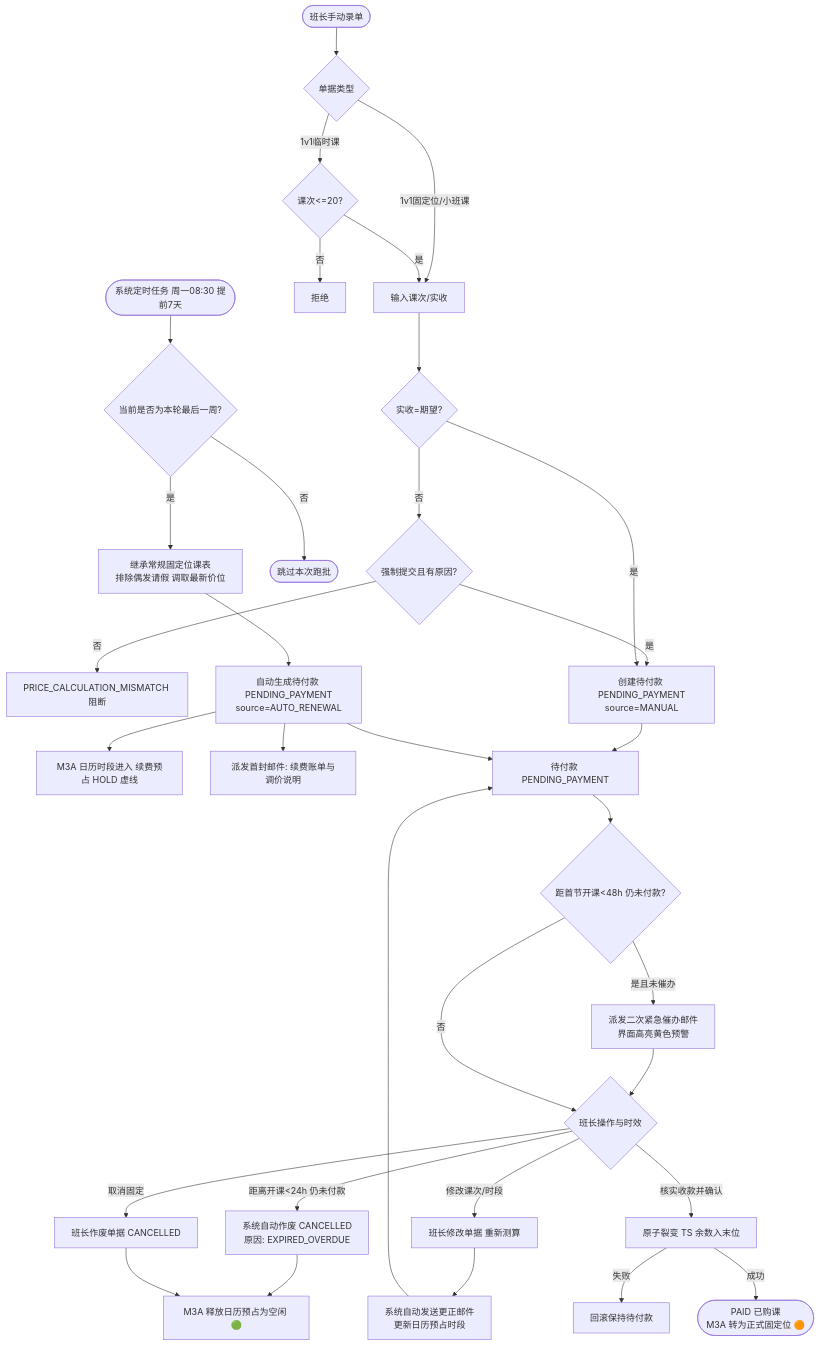
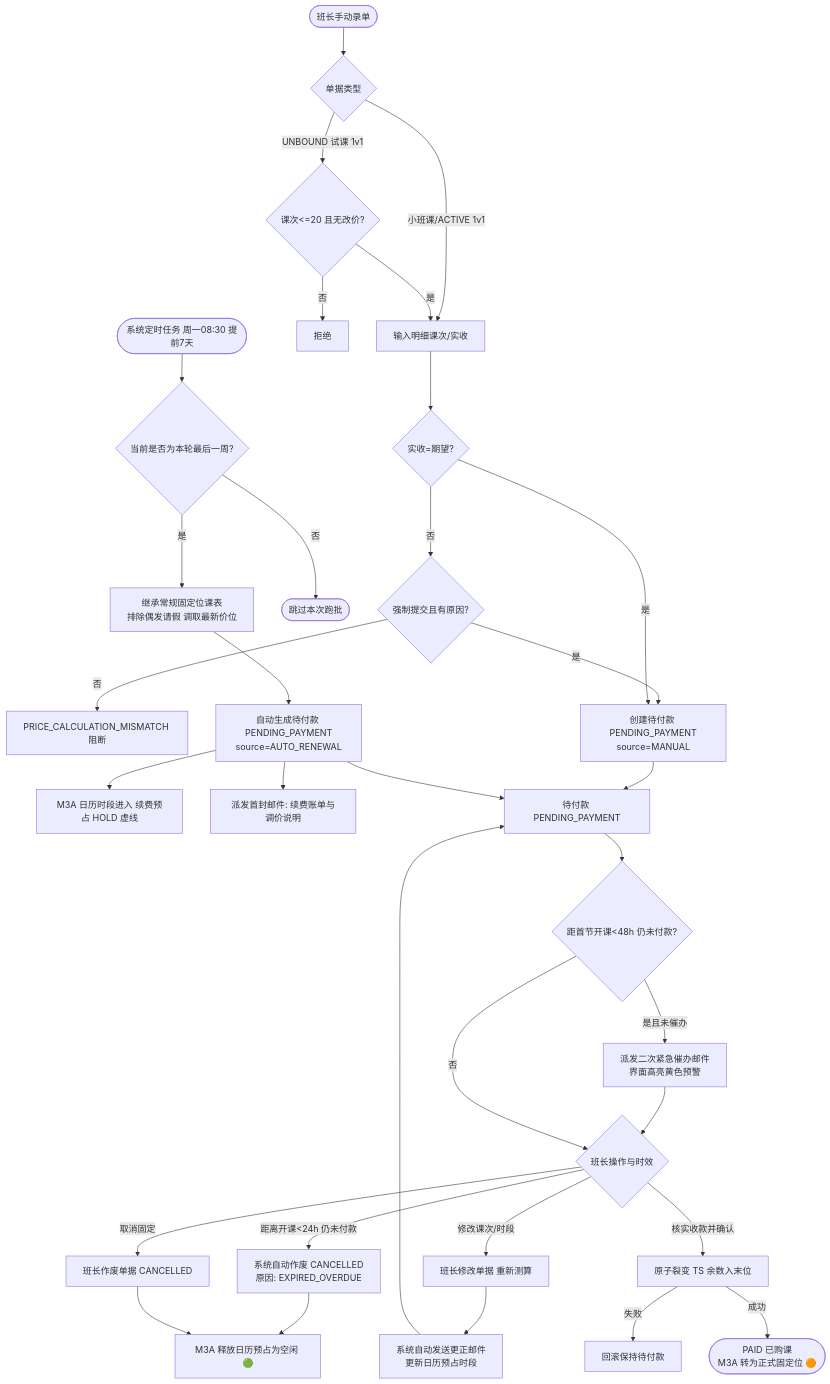
One commit to Onezao/dream changed the second of 2 diagrams in docs/prd/m2a_course_orders.md. Above: the diagram before and after it, drawn with Mermaid. The commit also changed other lines of this file and 27 other files, not shown here.

````diff
--- a/docs/prd/m2a_course_orders.md
+++ b/docs/prd/m2a_course_orders.md
@@ -319,42 +313,42 @@
 ```mermaid
 flowchart TD
     StartManual([班长手动录单]) --> Type{单据类型}
-    Type -- 1v1固定位/小班课 --> Input[输入课次/实收]
-    Type -- 1v1临时课 --> Limit{课次<=20?}
+    Type -- 小班课/ACTIVE 1v1 --> Input[输入明细课次/实收]
+    Type -- UNBOUND 试课 1v1 --> Limit{课次<=20 且无改价?}
     Limit -- 否 --> Reject1[拒绝]
     Limit -- 是 --> Input
     Input --> Check{实收=期望?}
     Check -- 否 --> Force{强制提交且有原因?}
     Force -- 否 --> Block[PRICE_CALCULATION_MISMATCH 阻断]
     Force -- 是 --> CreateManual[创建待付款 PENDING_PAYMENT\nsource=MANUAL]
     Check -- 是 --> CreateManual
     
     StartAuto([系统定时任务 周一08:30 提前7天]) --> Scan{当前是否为本轮最后一周?}
     Scan -- 否 --> EndAuto([跳过本次跑批])
     Scan -- 是 --> Calc[继承常规固定位课表\n排除偶发请假 调取最新价位]
     Calc --> CreateAuto[自动生成待付款 PENDING_PAYMENT\nsource=AUTO_RENEWAL]
     CreateAuto --> HoldGrid[M3A 日历时段进入 续费预占 HOLD 虚线]
     CreateAuto --> SendMail["派发首封邮件: 续费账单与调价说明"]
     
     CreateManual --> PendingState[待付款 PENDING_PAYMENT]
     CreateAuto --> PendingState
     
     PendingState --> CheckUrgent{距首节开课<48h 仍未付款?}
     CheckUrgent -- 是且未催办 --> SendUrgent[派发二次紧急催办邮件\n界面高亮黄色预警]
     SendUrgent --> MonitorAction{班长操作与时效}
     CheckUrgent -- 否 --> MonitorAction
     
     MonitorAction -- 距离开课<24h 仍未付款 --> AutoExpire["系统自动作废 CANCELLED\n原因: EXPIRED_OVERDUE"]
     AutoExpire --> ReleaseGrid[M3A 释放日历预占为空闲 🟢]
     
     MonitorAction -- 修改课次/时段 --> EditOrder[班长修改单据 重新测算]
     EditOrder --> ReMail[系统自动发送更正邮件\n更新日历预占时段]
     ReMail --> PendingState
     
     MonitorAction -- 取消固定 --> ManualCancel[班长作废单据 CANCELLED]
     ManualCancel --> ReleaseGrid
     
     MonitorAction -- 核实收款并确认 --> Fission[原子裂变 TS 余数入末位]
     Fission -- 失败 --> Rollback[回滚保持待付款]
     Fission -- 成功 --> Paid([PAID 已购课\nM3A 转为正式固定位 🟠])
 ```
````
